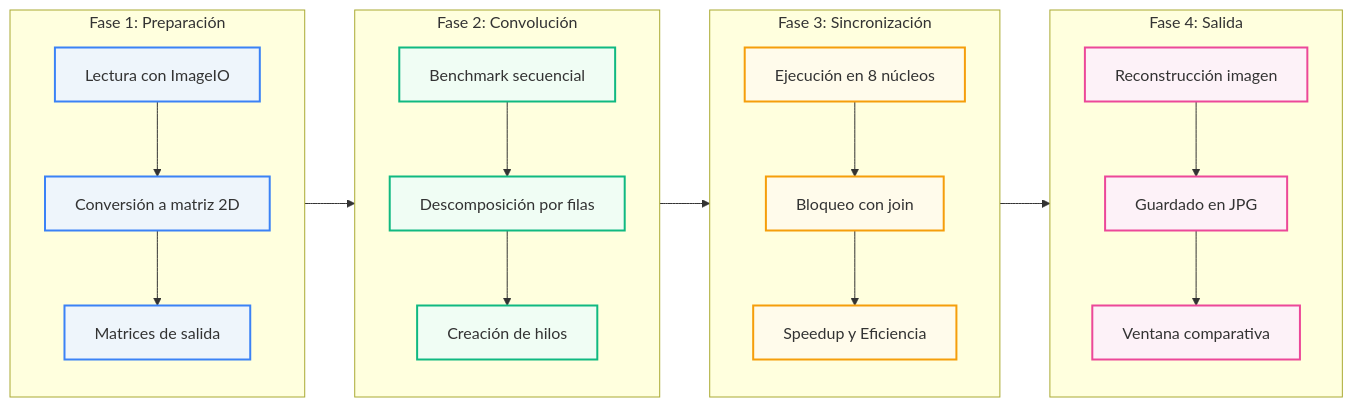
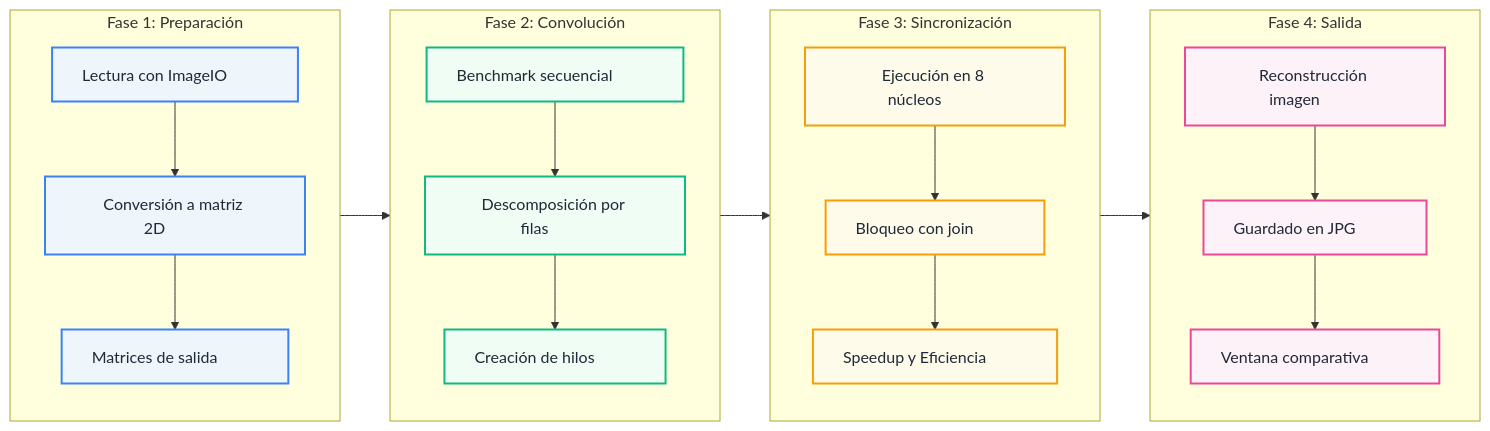
Before and after one commit to elsebasdev1/image_convolution_parallel_processing: the diagram in README.md, drawn with Mermaid.

````diff
--- a/README.md
+++ b/README.md
@@ -23,49 +23,46 @@
 ```mermaid
 graph LR
     subgraph F1["Fase 1: Preparación"]
         direction TB
-        A1["Lectura con ImageIO"]
-        A2["Conversión a matriz 2D"]
-        A3["Matrices de salida"]
+        A1["Lectura con ImageIO&nbsp;&nbsp;&nbsp;&nbsp;&nbsp;&nbsp;&nbsp;&nbsp;&nbsp;&nbsp;"]
+        A2["Conversión a matriz 2D&nbsp;&nbsp;&nbsp;&nbsp;&nbsp;&nbsp;&nbsp;&nbsp;&nbsp;&nbsp;"]
+        A3["Matrices de salida&nbsp;&nbsp;&nbsp;&nbsp;&nbsp;&nbsp;&nbsp;&nbsp;&nbsp;&nbsp;"]
         A1 --> A2 --> A3
     end
 
     subgraph F2["Fase 2: Convolución"]
         direction TB
-        B1["Benchmark secuencial"]
-        B2["Descomposición por filas"]
-        B3["Creación de hilos"]
+        B1["Benchmark secuencial&nbsp;&nbsp;&nbsp;&nbsp;&nbsp;&nbsp;&nbsp;&nbsp;&nbsp;&nbsp;"]
+        B2["Descomposición por filas&nbsp;&nbsp;&nbsp;&nbsp;&nbsp;&nbsp;&nbsp;&nbsp;&nbsp;&nbsp;"]
+        B3["Creación de hilos&nbsp;&nbsp;&nbsp;&nbsp;&nbsp;&nbsp;&nbsp;&nbsp;&nbsp;&nbsp;"]
         B1 --> B2 --> B3
     end
 
     subgraph F3["Fase 3: Sincronización"]
         direction TB
-        C1["Ejecución en 8 núcleos"]
-        C2["Bloqueo con join"]
-        C3["Speedup y Eficiencia"]
+        C1["Ejecución en 8 núcleos&nbsp;&nbsp;&nbsp;&nbsp;&nbsp;&nbsp;&nbsp;&nbsp;&nbsp;&nbsp;"]
+        C2["Bloqueo con join&nbsp;&nbsp;&nbsp;&nbsp;&nbsp;&nbsp;&nbsp;&nbsp;&nbsp;&nbsp;"]
+        C3["Speedup y Eficiencia&nbsp;&nbsp;&nbsp;&nbsp;&nbsp;&nbsp;&nbsp;&nbsp;&nbsp;&nbsp;"]
         C1 --> C2 --> C3
     end
 
     subgraph F4["Fase 4: Salida"]
         direction TB
-        D1["Reconstrucción imagen"]
-        D2["Guardado en JPG"]
-        D3["Ventana comparativa"]
+        D1["Reconstrucción imagen&nbsp;&nbsp;&nbsp;&nbsp;&nbsp;&nbsp;&nbsp;&nbsp;&nbsp;&nbsp;"]
+        D2["Guardado en JPG&nbsp;&nbsp;&nbsp;&nbsp;&nbsp;&nbsp;&nbsp;&nbsp;&nbsp;&nbsp;"]
+        D3["Ventana comparativa&nbsp;&nbsp;&nbsp;&nbsp;&nbsp;&nbsp;&nbsp;&nbsp;&nbsp;&nbsp;"]
         D1 --> D2 --> D3
     end
 
     F1 --> F2 --> F3 --> F4
 
-    style A1 fill:#eef5fb,stroke:#3b82f6,stroke-width:2px
-    style A2 fill:#eef5fb,stroke:#3b82f6,stroke-width:2px
-    style A3 fill:#eef5fb,stroke:#3b82f6,stroke-width:2px
-    style B1 fill:#f0fdf4,stroke:#10b981,stroke-width:2px
-    style B2 fill:#f0fdf4,stroke:#10b981,stroke-width:2px
-    style B3 fill:#f0fdf4,stroke:#10b981,stroke-width:2px
-    style C1 fill:#fffbeb,stroke:#f59e0b,stroke-width:2px
-    style C2 fill:#fffbeb,stroke:#f59e0b,stroke-width:2px
-    style C3 fill:#fffbeb,stroke:#f59e0b,stroke-width:2px
-    style D1 fill:#fdf2f8,stroke:#ec4899,stroke-width:2px
-    style D2 fill:#fdf2f8,stroke:#ec4899,stroke-width:2px
-    style D3 fill:#fdf2f8,stroke:#ec4899,stroke-width:2px
+    classDef azul fill:#eef5fb,stroke:#3b82f6,stroke-width:2px,color:#1f2937
+    classDef verde fill:#f0fdf4,stroke:#10b981,stroke-width:2px,color:#1f2937
+    classDef amarillo fill:#fffbeb,stroke:#f59e0b,stroke-width:2px,color:#1f2937
+    classDef rosa fill:#fdf2f8,stroke:#ec4899,stroke-width:2px,color:#1f2937
+
+    class A1,A2,A3 azul
+    class B1,B2,B3 verde
+    class C1,C2,C3 amarillo
+    class D1,D2,D3 rosa
 ```
````
